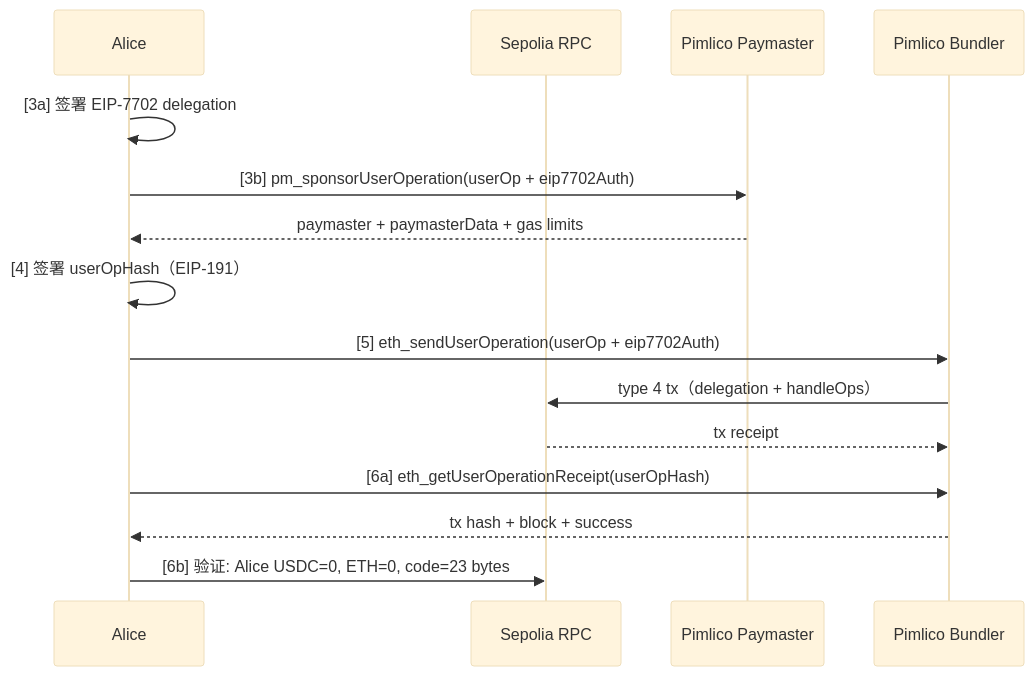
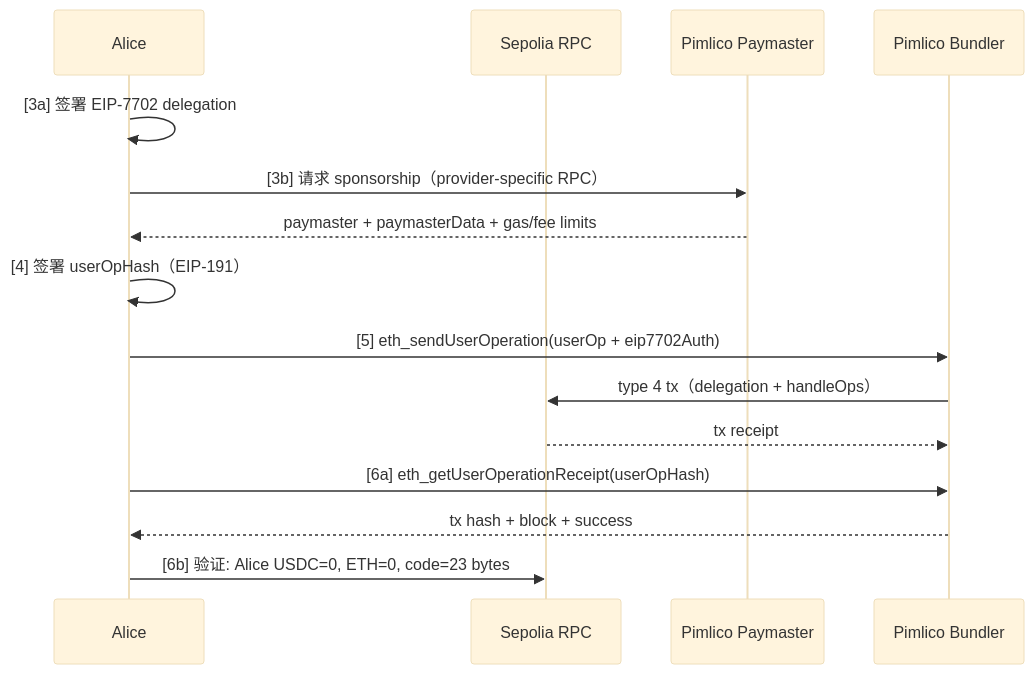
Before and after one commit to CoboTest/eip7702-minimal-account: the diagram in script/python/README_zh.md, drawn with Mermaid (base theme). The commit also changed other lines of this file and 3 other files, not shown here.

````diff
--- a/script/python/README_zh.md
+++ b/script/python/README_zh.md
@@ -163,21 +163,21 @@
 ```mermaid
 sequenceDiagram
     participant A as Alice
     participant RPC as Sepolia RPC
     participant PM as Pimlico Paymaster
     participant B as Pimlico Bundler
 
     A->>A: [3a] 签署 EIP-7702 delegation
-    A->>PM: [3b] pm_sponsorUserOperation(userOp + eip7702Auth)
-    PM-->>A: paymaster + paymasterData + gas limits
+    A->>PM: [3b] 请求 sponsorship（provider-specific RPC）
+    PM-->>A: paymaster + paymasterData + gas/fee limits
 
     A->>A: [4] 签署 userOpHash（EIP-191）
 
     A->>B: [5] eth_sendUserOperation(userOp + eip7702Auth)
     B->>RPC: type 4 tx（delegation + handleOps）
     RPC-->>B: tx receipt
 
     A->>B: [6a] eth_getUserOperationReceipt(userOpHash)
     B-->>A: tx hash + block + success
     A->>RPC: [6b] 验证: Alice USDC=0, ETH=0, code=23 bytes
 ```
````
